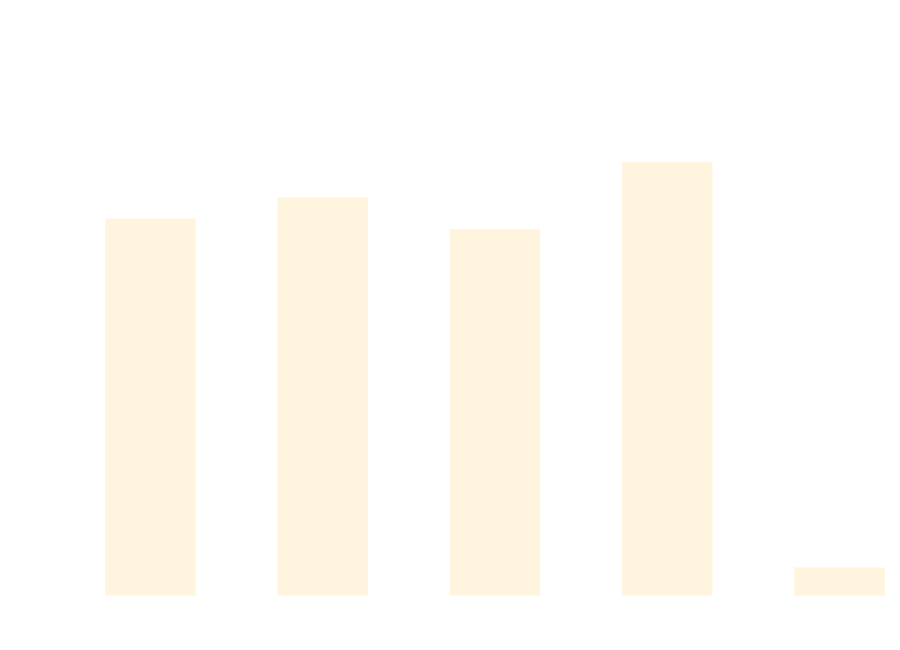
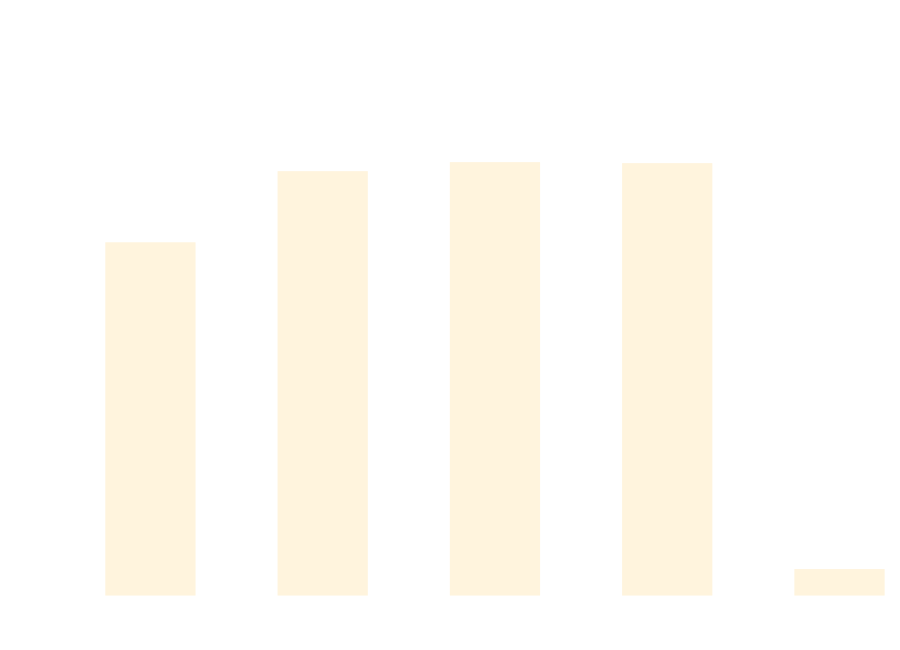
The diagram in docs/docs/benchmarks/DataDrivenTests.md (thomhurst/TUnit), drawn with Mermaid before and after one commit. The commit also changed other lines of this file and 17 other files, not shown here.

````diff
--- a/docs/docs/benchmarks/DataDrivenTests.md
+++ b/docs/docs/benchmarks/DataDrivenTests.md
@@ -27,37 +27,37 @@
 ```mermaid
 %%{init: {
   'theme':'base',
   'themeVariables': {
     'primaryColor': '#2563eb',
     'primaryTextColor': '#ffffff',
     'primaryBorderColor': '#1e40af',
     'lineColor': '#6b7280',
     'secondaryColor': '#7c3aed',
     'tertiaryColor': '#dc2626',
     'background': '#ffffff',
     'mainBkg': '#2563eb',
     'secondBkg': '#7c3aed',
     'tertiaryBkg': '#dc2626',
     'clusterBkg': '#f3f4f6',
     'edgeLabelBackground': '#ffffff',
     'tertiaryTextColor': '#1f2937',
     'pie1': '#2563eb',
     'pie2': '#7c3aed',
     'pie3': '#dc2626',
     'pie4': '#f59e0b',
     'pie5': '#10b981',
     'pie6': '#06b6d4',
     'pie7': '#ec4899',
     'pie8': '#6366f1',
     'pie9': '#84cc16',
     'pie10': '#f97316',
     'pie11': '#14b8a6',
     'pie12': '#a855f7'
   }
 }}%%
 xychart-beta
   title "DataDrivenTests Performance Comparison"
   x-axis ["TUnit", "NUnit", "MSTest", "xUnit3", "TUnit_AOT"]
-  y-axis "Time (ms)" 0 --> 689
-  bar [497.25, 526.05, 482.94, 573.56, 24.7]
+  y-axis "Time (ms)" 0 --> 737
+  bar [497.56, 600.6, 613.66, 612.22, 24.17]
 ```
````
